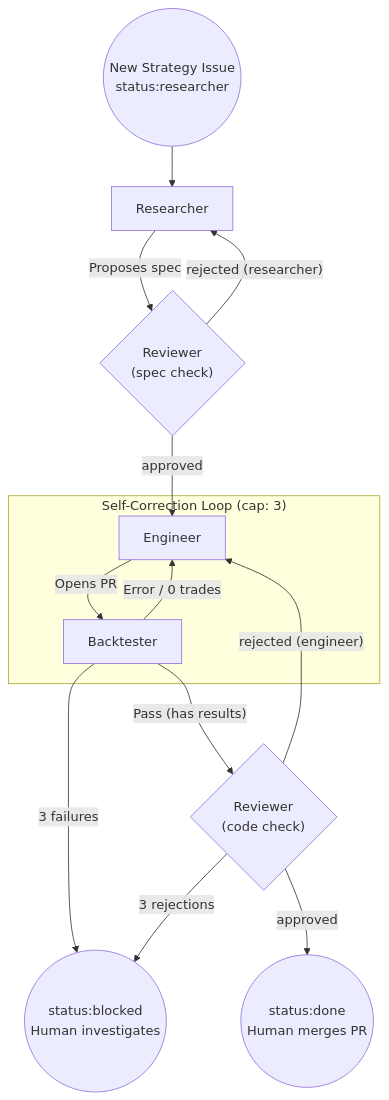
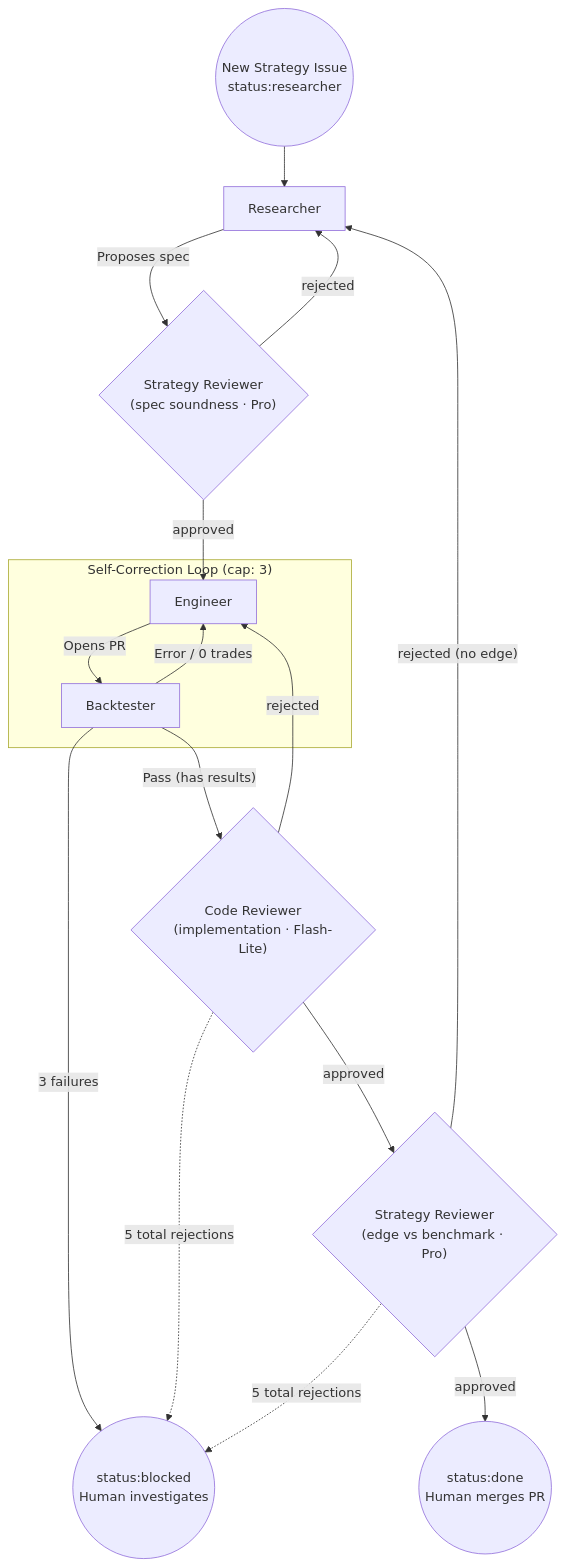
One commit to tefwilliams/trading-bot-team changed the diagram in README.md. Above: the diagram before and after it, drawn with Mermaid. The commit also changed other lines of this file and 19 other files, not shown here.

First line of the commit message:
Split Reviewer into Strategy Reviewer and Code Reviewer

````diff
--- a/README.md
+++ b/README.md
@@ -23,21 +24,26 @@
 ```mermaid
 graph TD
     Start(("New Strategy Issue<br/>status:researcher")) --> Researcher
-    Researcher -- "Proposes spec" --> Reviewer_Spec{"Reviewer<br/>(spec check)"}
+    Researcher -- "Proposes spec" --> StratReview{"Strategy Reviewer<br/>(spec soundness · Pro)"}
 
-    Reviewer_Spec -- "rejected (researcher)" --> Researcher
-    Reviewer_Spec -- "approved" --> Engineer
+    StratReview -- "rejected" --> Researcher
+    StratReview -- "approved" --> Engineer
 
     Engineer -- "Opens PR" --> Backtester
 
     subgraph "Self-Correction Loop (cap: 3)"
     Backtester -- "Error / 0 trades" --> Engineer
     end
 
     Backtester -- "3 failures" --> Blocked(("status:blocked<br/>Human investigates"))
-    Backtester -- "Pass (has results)" --> Reviewer_Code{"Reviewer<br/>(code check)"}
+    Backtester -- "Pass (has results)" --> CodeReview{"Code Reviewer<br/>(implementation · Flash-Lite)"}
 
-    Reviewer_Code -- "rejected (engineer)" --> Engineer
-    Reviewer_Code -- "3 rejections" --> Blocked
-    Reviewer_Code -- "approved" --> Done(("status:done<br/>Human merges PR"))
+    CodeReview -- "rejected" --> Engineer
+    CodeReview -- "approved" --> EdgeReview{"Strategy Reviewer<br/>(edge vs benchmark · Pro)"}
+
+    EdgeReview -- "rejected (no edge)" --> Researcher
+    EdgeReview -- "approved" --> Done(("status:done<br/>Human merges PR"))
+
+    CodeReview -. "5 total rejections" .-> Blocked
+    EdgeReview -. "5 total rejections" .-> Blocked
 ```
````
